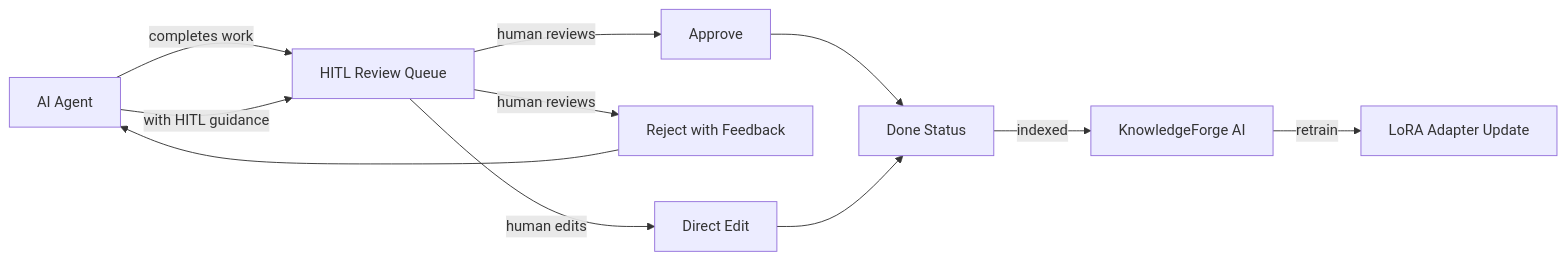
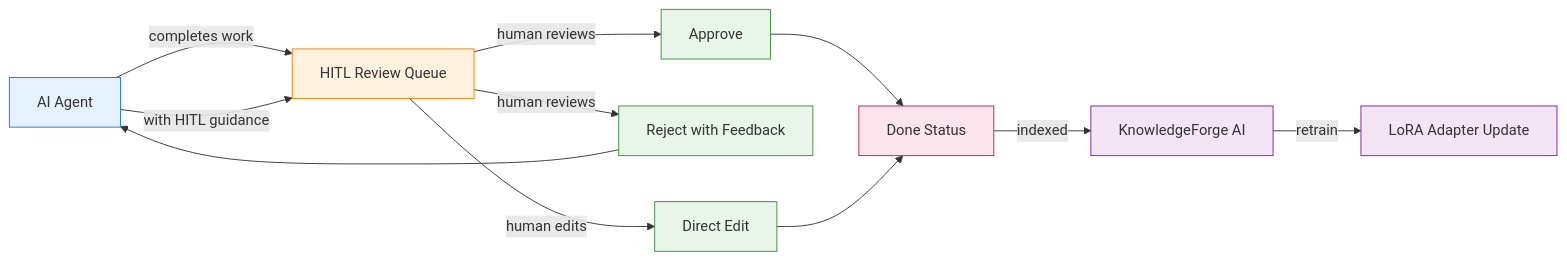
Before and after one commit to Construct-AI-primary/docs-paperclip: the sixth of 6 diagrams in disciplines-shared/engineering/UI-UX-SPECIFICATION.md, drawn with Mermaid. The commit also changed other lines of this file and 576 other files, not shown here.

First line of the commit message:
UI-UX specification updates across disciplines, new mermaid templates, knowledge templates, and project specs

````diff
--- a/disciplines-shared/engineering/UI-UX-SPECIFICATION.md
+++ b/disciplines-shared/engineering/UI-UX-SPECIFICATION.md
@@ -293,13 +372,25 @@
 ```mermaid
 flowchart LR
     AGENT[AI Agent] -->|completes work| QUEUE[HITL Review Queue]
     QUEUE -->|human reviews| APPROVE[Approve]
     QUEUE -->|human reviews| REJECT[Reject with Feedback]
     QUEUE -->|human edits| EDIT[Direct Edit]
     APPROVE --> DONE[Done Status]
     REJECT --> AGENT
     EDIT --> DONE
     AGENT -->|with HITL guidance| QUEUE
     DONE -->|indexed| KNOWLEDGE[KnowledgeForge AI]
     KNOWLEDGE -->|retrain| LORA[LoRA Adapter Update]
+
+    classDef agent fill:#e3f2fd,stroke:#1976d2
+    classDef queue fill:#fff3e0,stroke:#f57c00
+    classDef action fill:#e8f5e8,stroke:#388e3c
+    classDef done fill:#fce4ec,stroke:#c2185b
+    classDef knowledge fill:#f3e5f5,stroke:#7b1fa2
+
+    class AGENT agent
+    class QUEUE queue
+    class APPROVE,REJECT,EDIT action
+    class DONE done
+    class KNOWLEDGE,LORA knowledge
 ```
````
